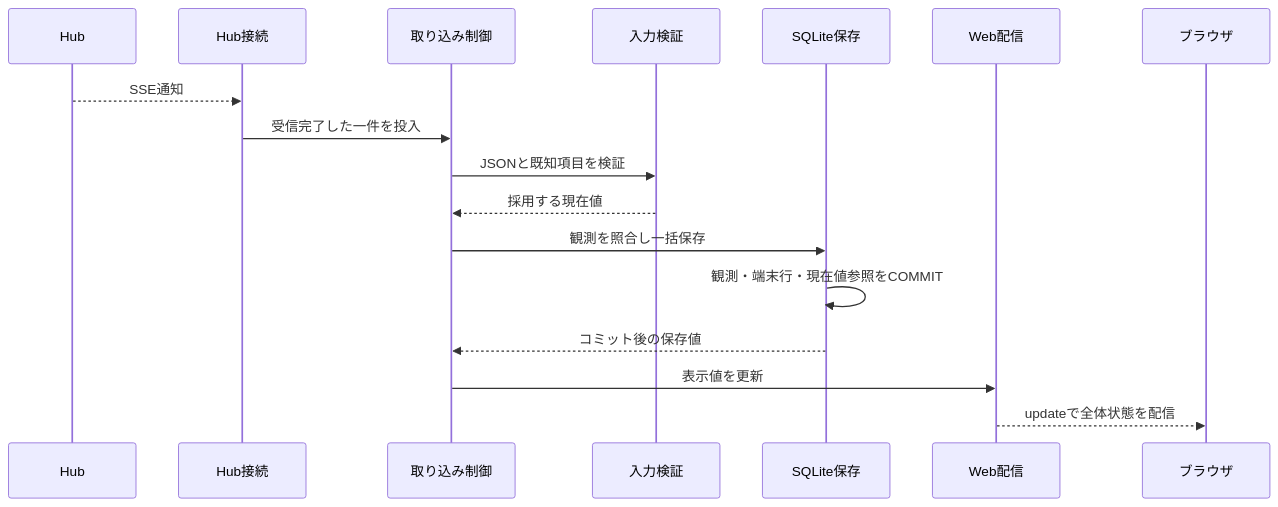
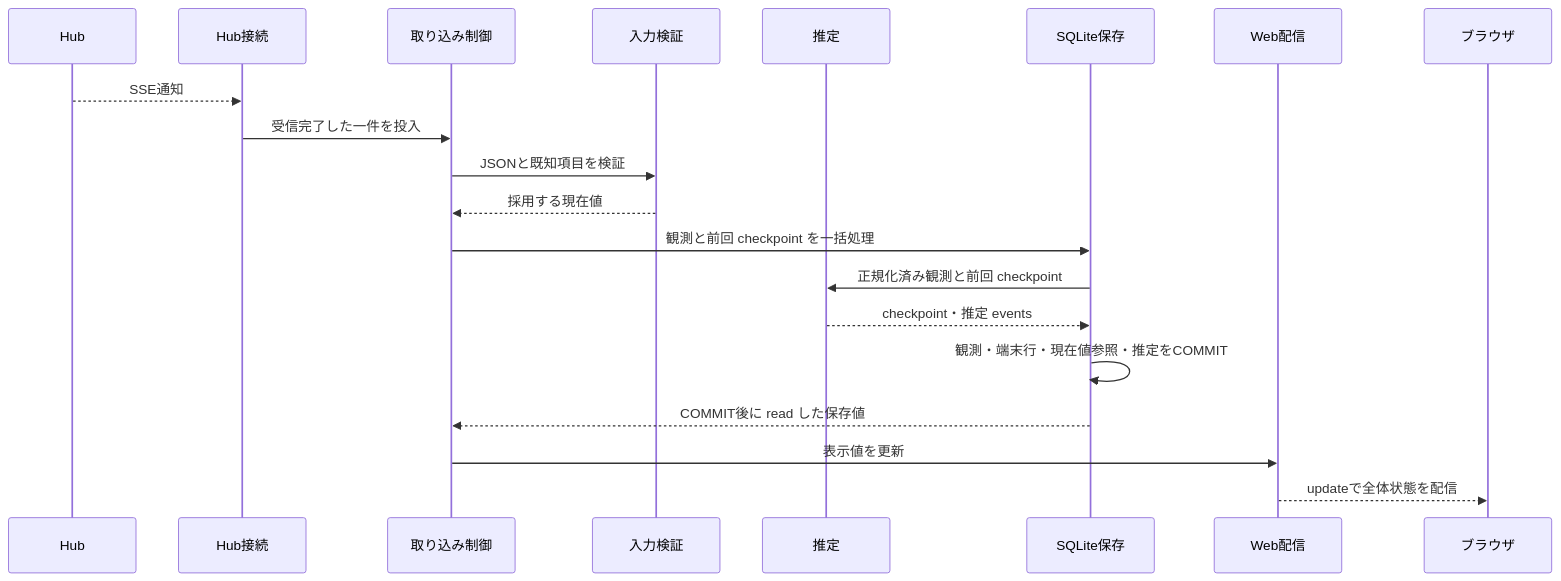
One commit to nuitsjp/token-monitor-analytics changed the fourth of 4 diagrams in docs/architecture.md. Above: the diagram before and after it, drawn with Mermaid. The commit also changed other lines of this file and 43 other files, not shown here.

````diff
--- a/docs/architecture.md
+++ b/docs/architecture.md
@@ -166,19 +220,22 @@
 ```mermaid
 sequenceDiagram
     participant H as Hub
     participant C as Hub接続
     participant I as 取り込み制御
     participant V as 入力検証
+    participant E as 推定
     participant D as SQLite保存
     participant W as Web配信
     participant B as ブラウザ
     H-->>C: SSE通知
     C->>I: 受信完了した一件を投入
     I->>V: JSONと既知項目を検証
     V-->>I: 採用する現在値
-    I->>D: 観測を照合し一括保存
-    D->>D: 観測・端末行・現在値参照をCOMMIT
-    D-->>I: コミット後の保存値
+    I->>D: 観測と前回 checkpoint を一括処理
+    D->>E: 正規化済み観測と前回 checkpoint
+    E-->>D: checkpoint・推定 events
+    D->>D: 観測・端末行・現在値参照・推定をCOMMIT
+    D-->>I: COMMIT後に read した保存値
     I->>W: 表示値を更新
     W-->>B: updateで全体状態を配信
 ```
````
